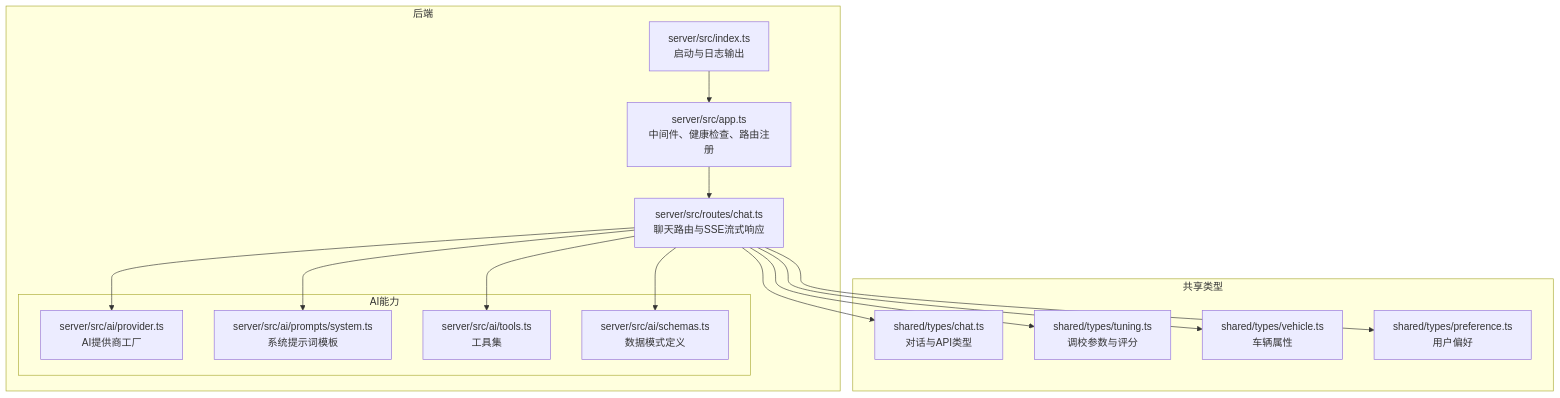
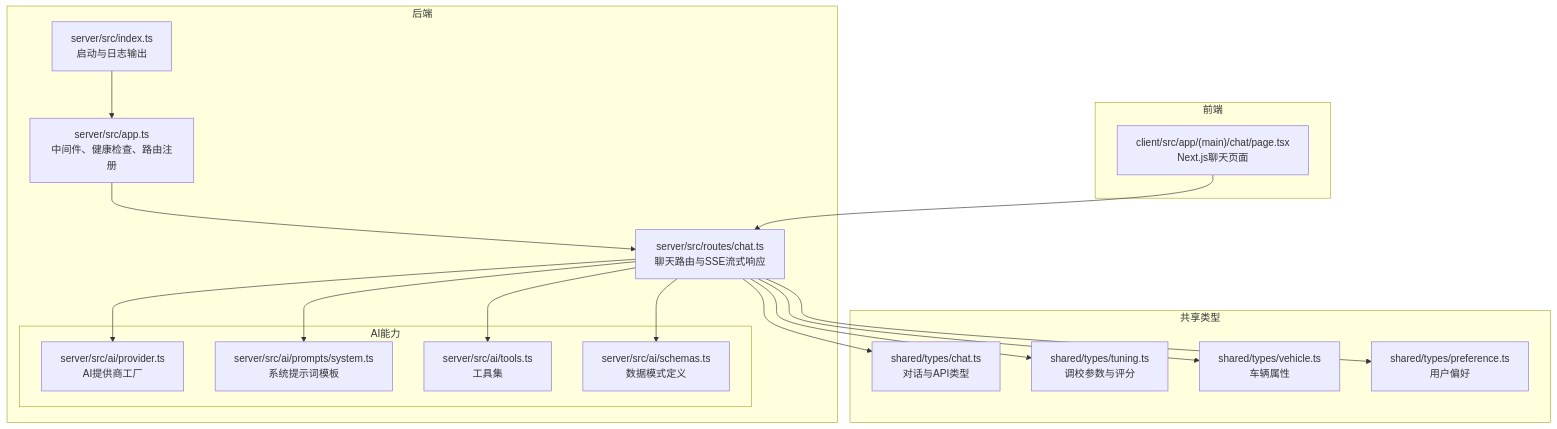
The first of 7 diagrams in .qoder/repowiki/zh/content/AI集成模块/AI集成模块.md (aHin0805/FH6CarSettingAgent), drawn with Mermaid before and after one commit. The commit also changed other lines of this file and 12 other files, not shown here.

````diff
--- a/.qoder/repowiki/zh/content/AI集成模块/AI集成模块.md
+++ b/.qoder/repowiki/zh/content/AI集成模块/AI集成模块.md
@@ -36,30 +37,34 @@
 ```mermaid
 graph TB
 subgraph "后端"
 IDX["server/src/index.ts<br/>启动与日志输出"]
 APP["server/src/app.ts<br/>中间件、健康检查、路由注册"]
 CHAT["server/src/routes/chat.ts<br/>聊天路由与SSE流式响应"]
 subgraph "AI能力"
 PROVIDER["server/src/ai/provider.ts<br/>AI提供商工厂"]
 PROMPT["server/src/ai/prompts/system.ts<br/>系统提示词模板"]
 TOOLS["server/src/ai/tools.ts<br/>工具集"]
 SCHEMA["server/src/ai/schemas.ts<br/>数据模式定义"]
 end
 end
 subgraph "共享类型"
 TYPES_CHAT["shared/types/chat.ts<br/>对话与API类型"]
 TYPES_TUNING["shared/types/tuning.ts<br/>调校参数与评分"]
 TYPES_VEHICLE["shared/types/vehicle.ts<br/>车辆属性"]
 TYPES_PREF["shared/types/preference.ts<br/>用户偏好"]
 end
+subgraph "前端"
+NEXT["client/src/app/(main)/chat/page.tsx<br/>Next.js聊天页面"]
+end
 IDX --> APP
 APP --> CHAT
 CHAT --> PROVIDER
 CHAT --> PROMPT
 CHAT --> TOOLS
 CHAT --> SCHEMA
 CHAT --> TYPES_CHAT
 CHAT --> TYPES_TUNING
 CHAT --> TYPES_VEHICLE
 CHAT --> TYPES_PREF
+NEXT --> CHAT
 ```
````
